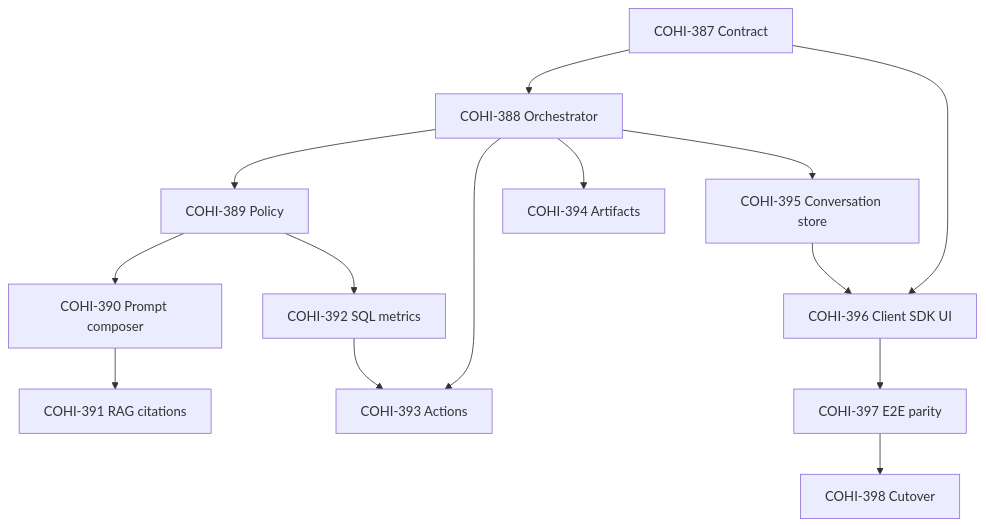
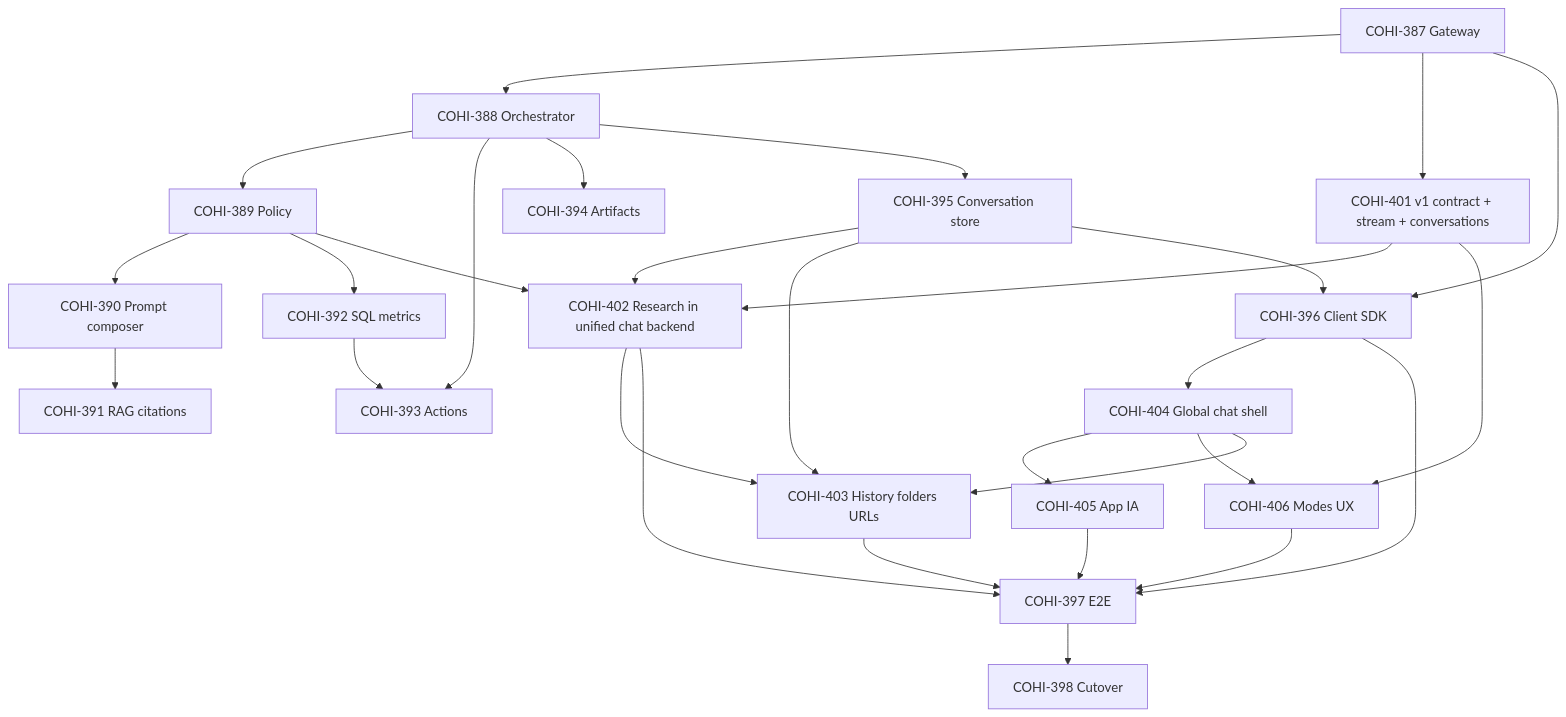
The diagram in docs/planning/cohi-chat-unified-jira-backlog.md (kokodagwapo/cohihmda), drawn with Mermaid before and after one commit. The commit also changed other lines of this file and 16 other files, not shown here.

First line of the commit message:
COHI-386 Enhance unified chat API with new features and improvements

````diff
--- a/docs/planning/cohi-chat-unified-jira-backlog.md
+++ b/docs/planning/cohi-chat-unified-jira-backlog.md
@@ -38,29 +34,50 @@
 ```mermaid
 flowchart TB
-  COHI387[COHI-387 Contract]
+  COHI387[COHI-387 Gateway]
+  COHI401[COHI-401 v1 contract + stream + conversations]
   COHI388[COHI-388 Orchestrator]
   COHI389[COHI-389 Policy]
   COHI390[COHI-390 Prompt composer]
   COHI391[COHI-391 RAG citations]
   COHI392[COHI-392 SQL metrics]
   COHI393[COHI-393 Actions]
   COHI394[COHI-394 Artifacts]
   COHI395[COHI-395 Conversation store]
-  COHI396[COHI-396 Client SDK UI]
-  COHI397[COHI-397 E2E parity]
+  COHI402[COHI-402 Research in unified chat backend]
+  COHI396[COHI-396 Client SDK]
+  COHI404[COHI-404 Global chat shell]
+  COHI403[COHI-403 History folders URLs]
+  COHI405[COHI-405 App IA]
+  COHI406[COHI-406 Modes UX]
+  COHI397[COHI-397 E2E]
   COHI398[COHI-398 Cutover]
 
   COHI387 --> COHI388
+  COHI387 --> COHI401
+  COHI401 --> COHI402
+  COHI401 --> COHI406
   COHI388 --> COHI389
   COHI389 --> COHI390
   COHI390 --> COHI391
   COHI389 --> COHI392
   COHI388 --> COHI393
   COHI392 --> COHI393
   COHI388 --> COHI394
   COHI388 --> COHI395
+  COHI389 --> COHI402
+  COHI395 --> COHI402
+  COHI395 --> COHI403
+  COHI402 --> COHI403
   COHI387 --> COHI396
   COHI395 --> COHI396
+  COHI396 --> COHI404
+  COHI404 --> COHI405
+  COHI404 --> COHI406
+  COHI404 --> COHI403
   COHI396 --> COHI397
+  COHI402 --> COHI397
+  COHI403 --> COHI397
+  COHI405 --> COHI397
+  COHI406 --> COHI397
   COHI397 --> COHI398
 ```
````
